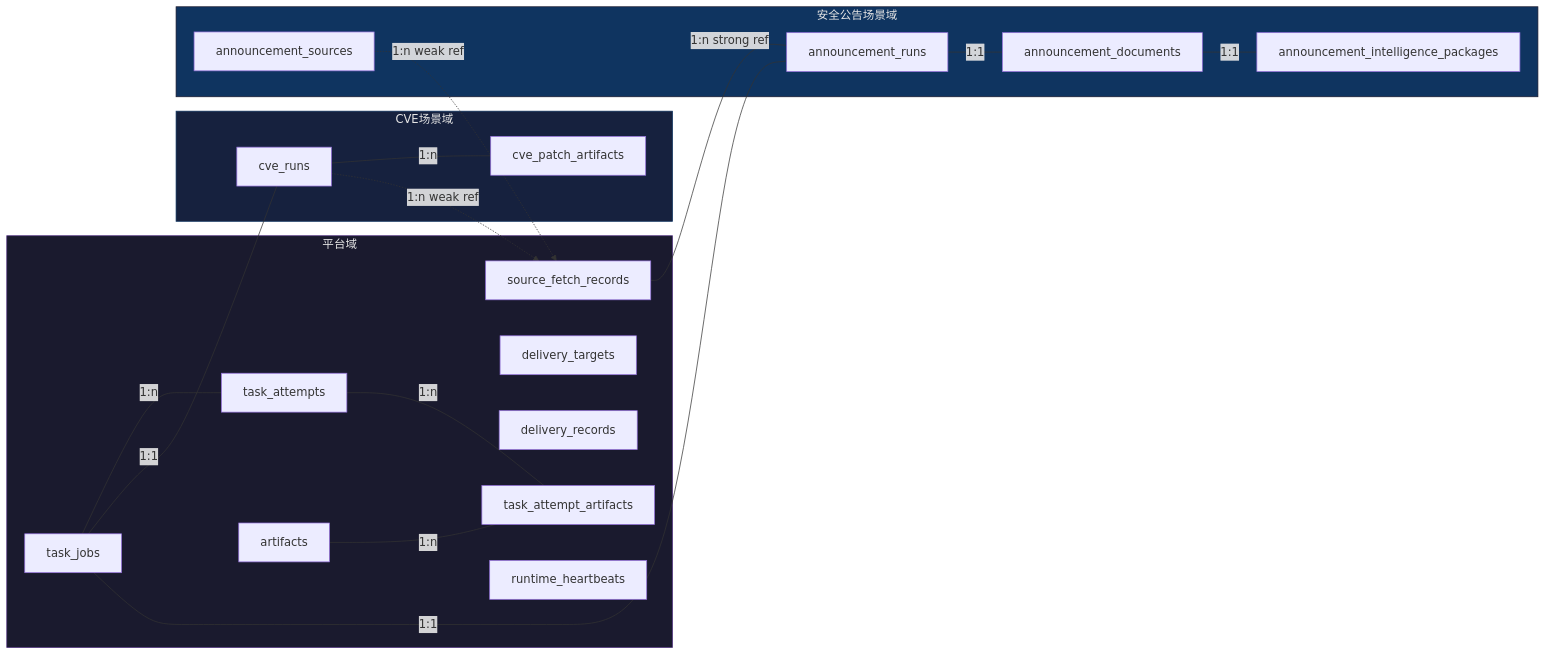
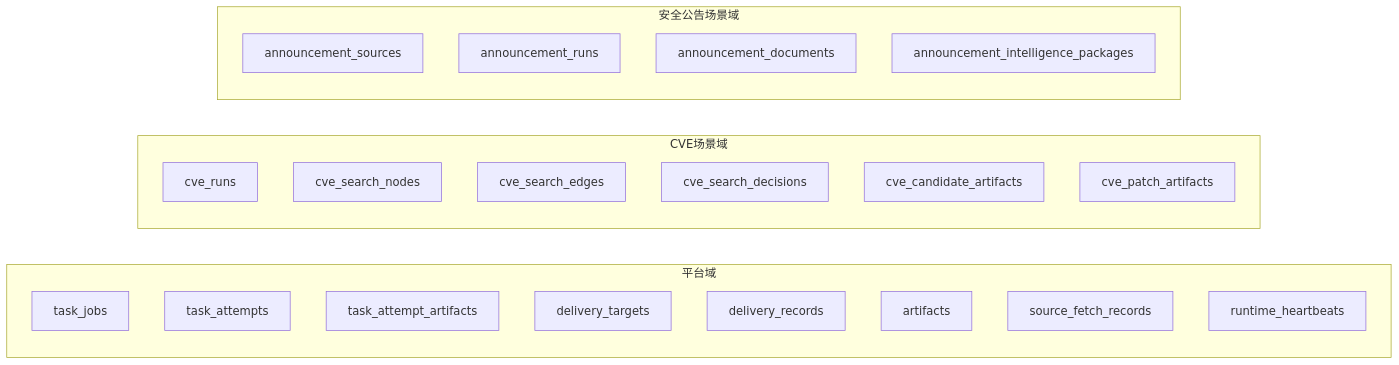
Before and after one commit to coeoo/AetherFlow: the diagram in docs/03-系统架构/数据库设计.md, drawn with Mermaid. The commit also changed other lines of this file and 55 other files, not shown here.

````diff
--- a/docs/03-系统架构/数据库设计.md
+++ b/docs/03-系统架构/数据库设计.md
@@ -31,41 +31,29 @@
 ```mermaid
 flowchart LR
     subgraph 平台域
         TJ["task_jobs"]
         TA["task_attempts"]
         TAA["task_attempt_artifacts"]
         DT["delivery_targets"]
         DR["delivery_records"]
         AF["artifacts"]
         SF["source_fetch_records"]
         RH["runtime_heartbeats"]
     end
 
     subgraph CVE场景域
         CR["cve_runs"]
+        CSN["cve_search_nodes"]
+        CSE["cve_search_edges"]
+        CSD["cve_search_decisions"]
+        CCA["cve_candidate_artifacts"]
         CP["cve_patch_artifacts"]
     end
 
     subgraph 安全公告场景域
         AS["announcement_sources"]
         AR["announcement_runs"]
         AD["announcement_documents"]
         AI["announcement_intelligence_packages"]
     end
-
-    TJ ---|1:n| TA
-    TA ---|1:n| TAA
-    AF ---|1:n| TAA
-    TJ ---|1:1| CR
-    TJ ---|1:1| AR
-    CR ---|1:n| CP
-    CR -.->|1:n weak ref| SF
-    AS -.->|1:n weak ref| SF
-    SF ---|1:n strong ref| AR
-    AR ---|1:1| AD
-    AD ---|1:1| AI
-
-    style 平台域 fill:#1a1a2e,stroke:#533483,color:#e4e4e4
-    style CVE场景域 fill:#16213e,stroke:#0f3460,color:#e4e4e4
-    style 安全公告场景域 fill:#0f3460,stroke:#1a1a2e,color:#e4e4e4
 ```
````
